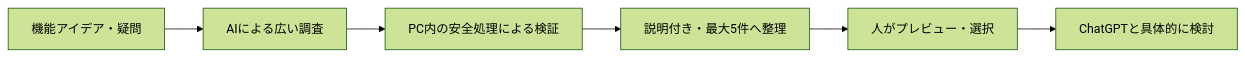
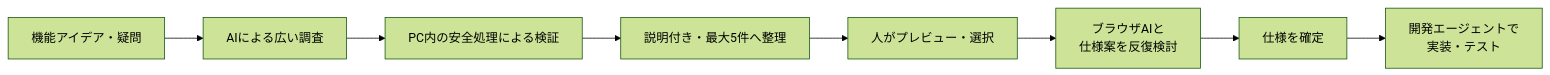
One commit to matsutanishimpei/make-summary changed the sixth of 6 diagrams in docs/product-overview.md. Above: the diagram before and after it, drawn with Mermaid (forest theme). The commit also changed other lines of this file and 3 other files, not shown here.

````diff
--- a/docs/product-overview.md
+++ b/docs/product-overview.md
@@ -336,8 +379,10 @@
 ```mermaid
 flowchart LR
     Idea["機能アイデア・疑問"] --> Investigate["AIによる広い調査"]
     Investigate --> Verify["PC内の安全処理による検証"]
     Verify --> Package["説明付き・最大5件へ整理"]
     Package --> Review["人がプレビュー・選択"]
-    Review --> Discuss["ChatGPTと具体的に検討"]
+    Review --> Discuss["ブラウザAIと<br/>仕様案を反復検討"]
+    Discuss --> Fixed["仕様を確定"]
+    Fixed --> Implement["開発エージェントで<br/>実装・テスト"]
 ```
````
